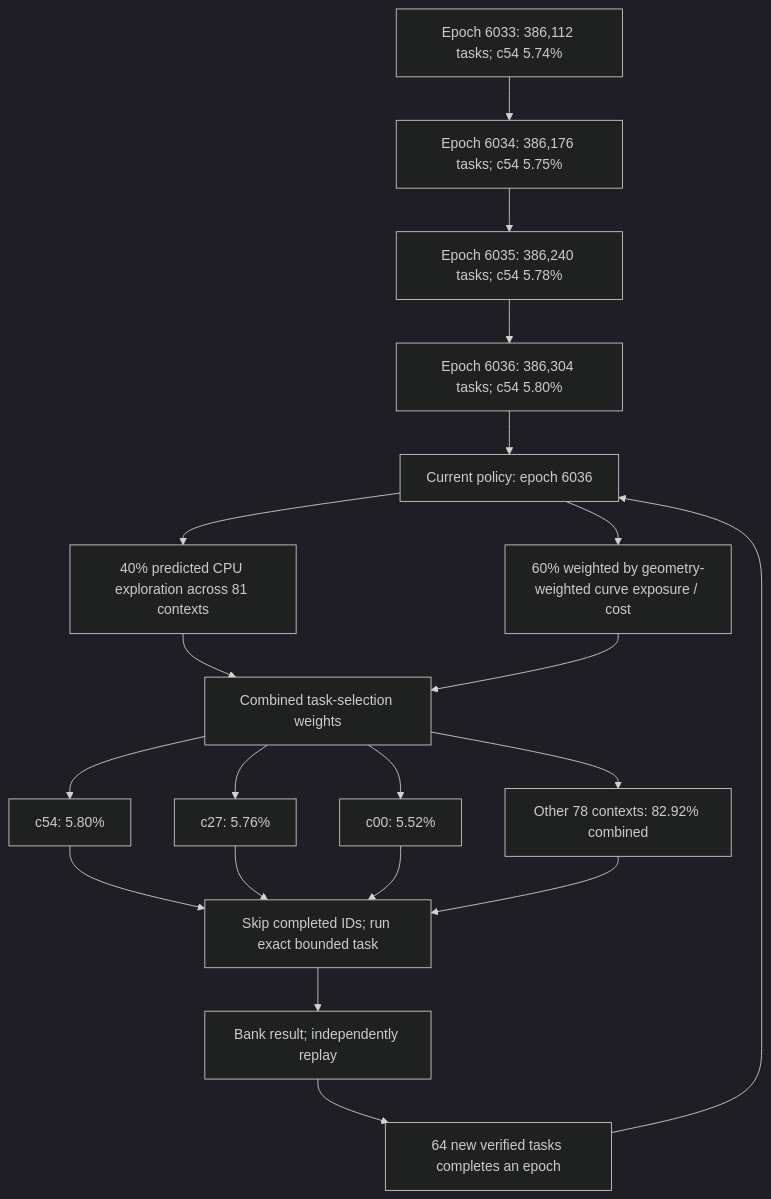
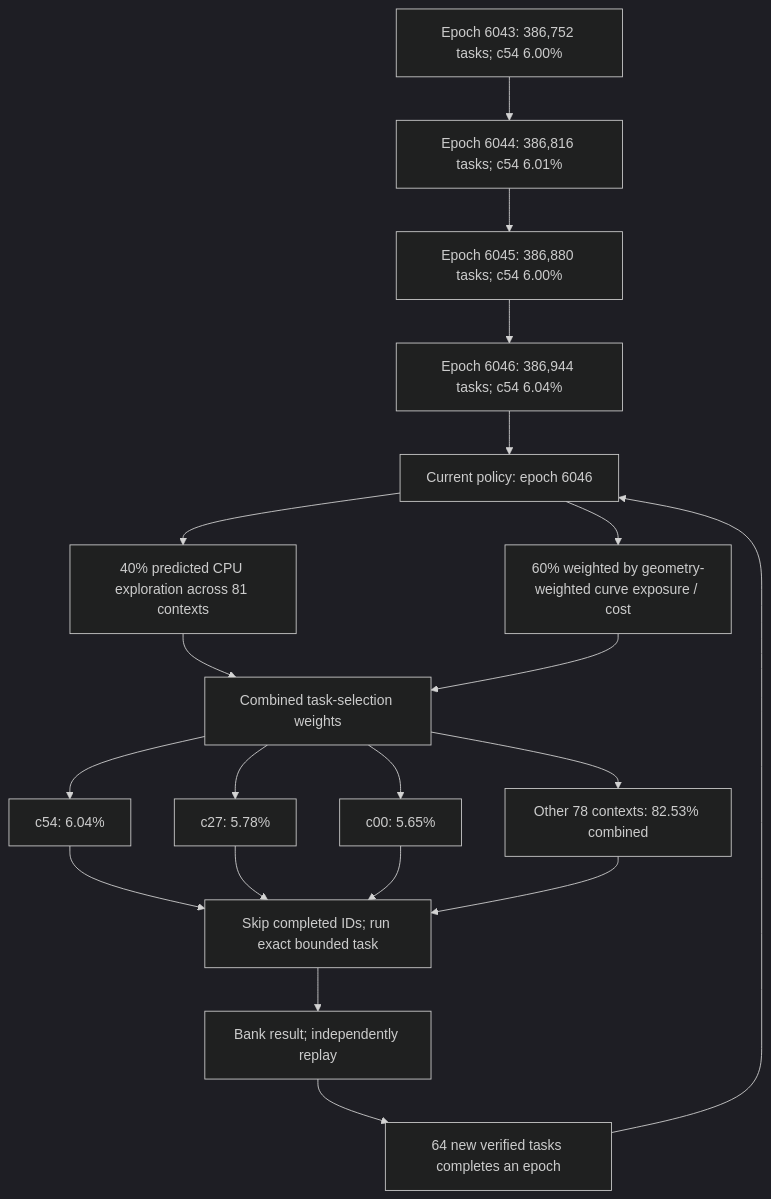
Before and after one commit to Kuberwastaken/math-gambling: the first of 4 diagrams in README.md, drawn with Mermaid (dark theme). The commit also changed other lines of this file and 1917 other files, not shown here.

````diff
--- a/README.md
+++ b/README.md
@@ -60,27 +60,27 @@
 ```mermaid
 flowchart TD
-    H0["Epoch 6033: 386,112 tasks; c54 5.74%"]
-    H1["Epoch 6034: 386,176 tasks; c54 5.75%"]
+    H0["Epoch 6043: 386,752 tasks; c54 6.00%"]
+    H1["Epoch 6044: 386,816 tasks; c54 6.01%"]
     H0 --> H1
-    H2["Epoch 6035: 386,240 tasks; c54 5.78%"]
+    H2["Epoch 6045: 386,880 tasks; c54 6.00%"]
     H1 --> H2
-    H3["Epoch 6036: 386,304 tasks; c54 5.80%"]
+    H3["Epoch 6046: 386,944 tasks; c54 6.04%"]
     H2 --> H3
-    Policy["Current policy: epoch 6036"]
+    Policy["Current policy: epoch 6046"]
     H3 --> Policy
     Policy --> Explore["40% predicted CPU exploration across 81 contexts"]
     Policy --> Cost["60% weighted by geometry-weighted curve exposure / cost"]
     Explore --> Mix["Combined task-selection weights"]
     Cost --> Mix
-    Mix --> C0["c54: 5.80%"]
-    Mix --> C1["c27: 5.76%"]
-    Mix --> C2["c00: 5.52%"]
-    Mix --> Rest["Other 78 contexts: 82.92% combined"]
+    Mix --> C0["c54: 6.04%"]
+    Mix --> C1["c27: 5.78%"]
+    Mix --> C2["c00: 5.65%"]
+    Mix --> Rest["Other 78 contexts: 82.53% combined"]
     C0 --> Check["Skip completed IDs; run exact bounded task"]
     C1 --> Check
     C2 --> Check
     Rest --> Check
     Check --> Replay["Bank result; independently replay"]
     Replay --> Gate["64 new verified tasks completes an epoch"]
     Gate --> Policy
 ```
````
